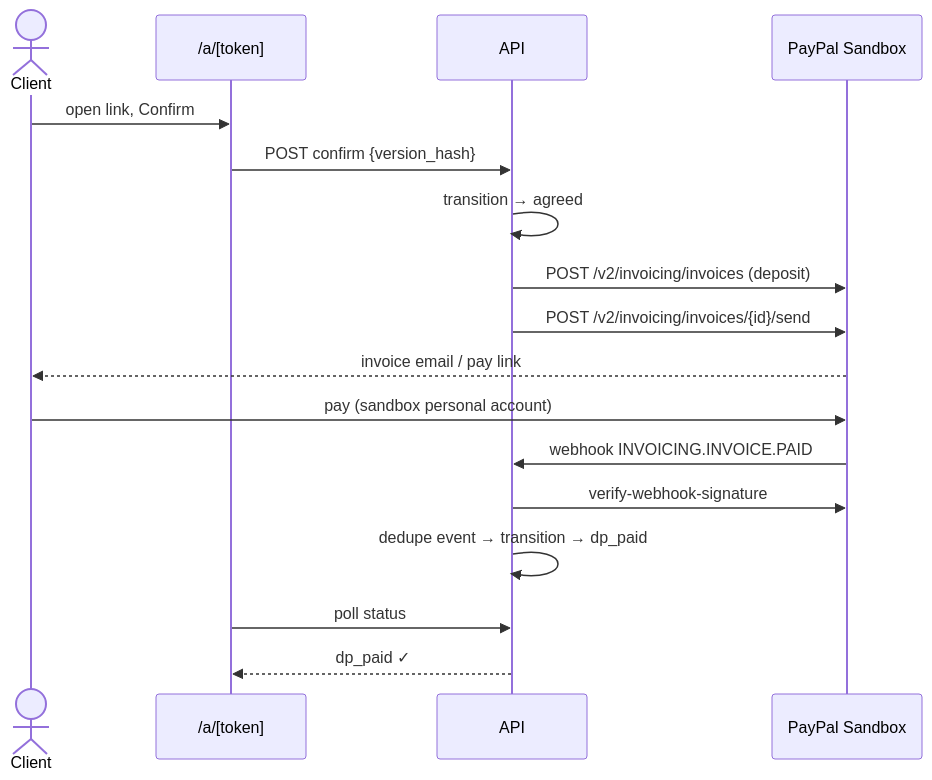
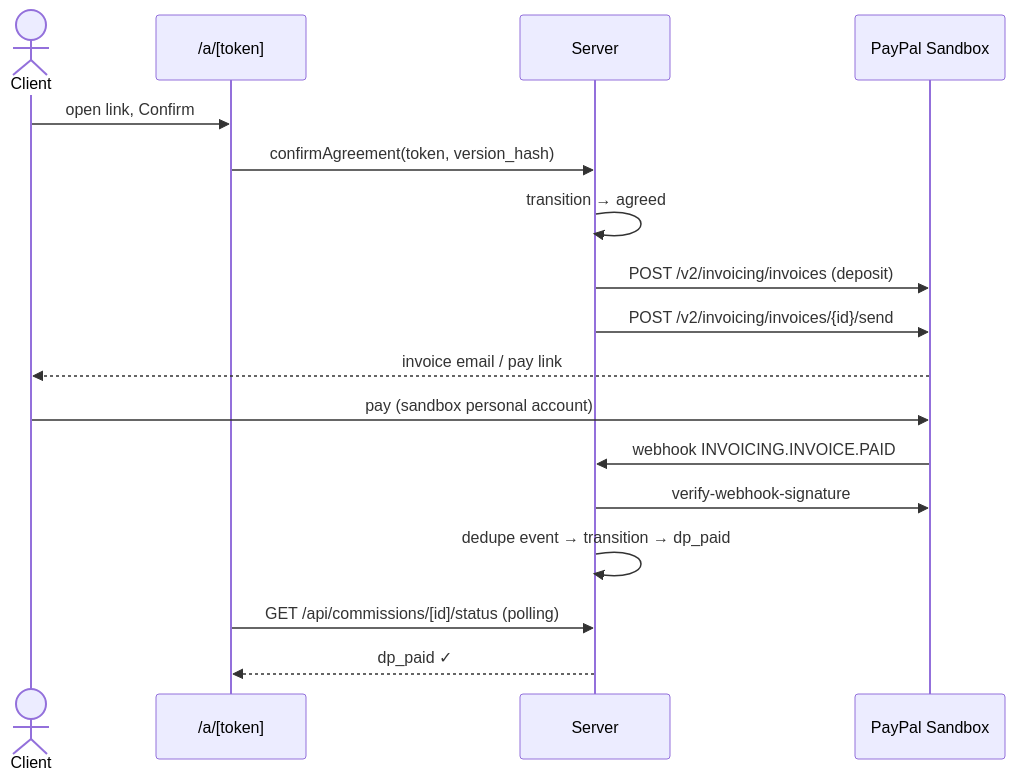
One commit to srios000/dmpact changed the fifth of 5 diagrams in docs/architecture.md. Above: the diagram before and after it, drawn with Mermaid. The commit also changed other lines of this file and 3 other files, not shown here.

````diff
--- a/docs/architecture.md
+++ b/docs/architecture.md
@@ -170,19 +173,19 @@
 ```mermaid
 sequenceDiagram
   actor Cl as Client
   participant P as /a/[token]
-  participant API
+  participant API as Server
   participant PP as PayPal Sandbox
   Cl->>P: open link, Confirm
-  P->>API: POST confirm {version_hash}
+  P->>API: confirmAgreement(token, version_hash)
   API->>API: transition → agreed
   API->>PP: POST /v2/invoicing/invoices (deposit)
   API->>PP: POST /v2/invoicing/invoices/{id}/send
   PP-->>Cl: invoice email / pay link
   Cl->>PP: pay (sandbox personal account)
   PP->>API: webhook INVOICING.INVOICE.PAID
   API->>PP: verify-webhook-signature
   API->>API: dedupe event → transition → dp_paid
-  P->>API: poll status
+  P->>API: GET /api/commissions/[id]/status (polling)
   API-->>P: dp_paid ✓
 ```
````
